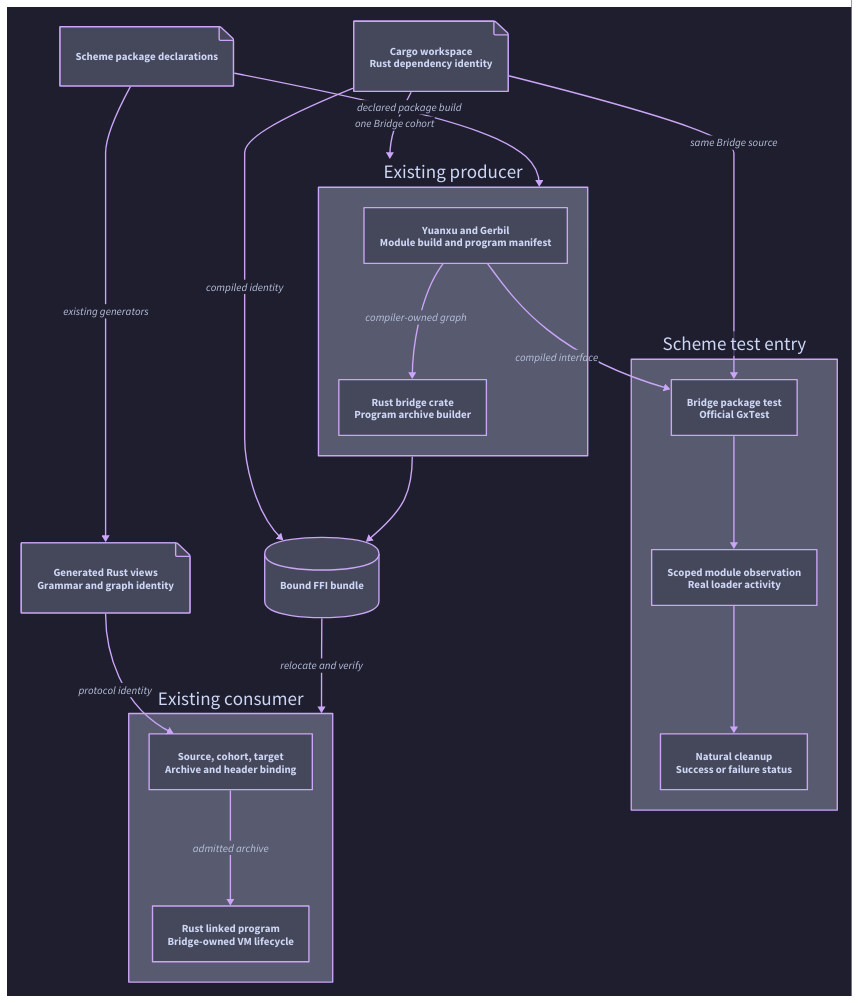
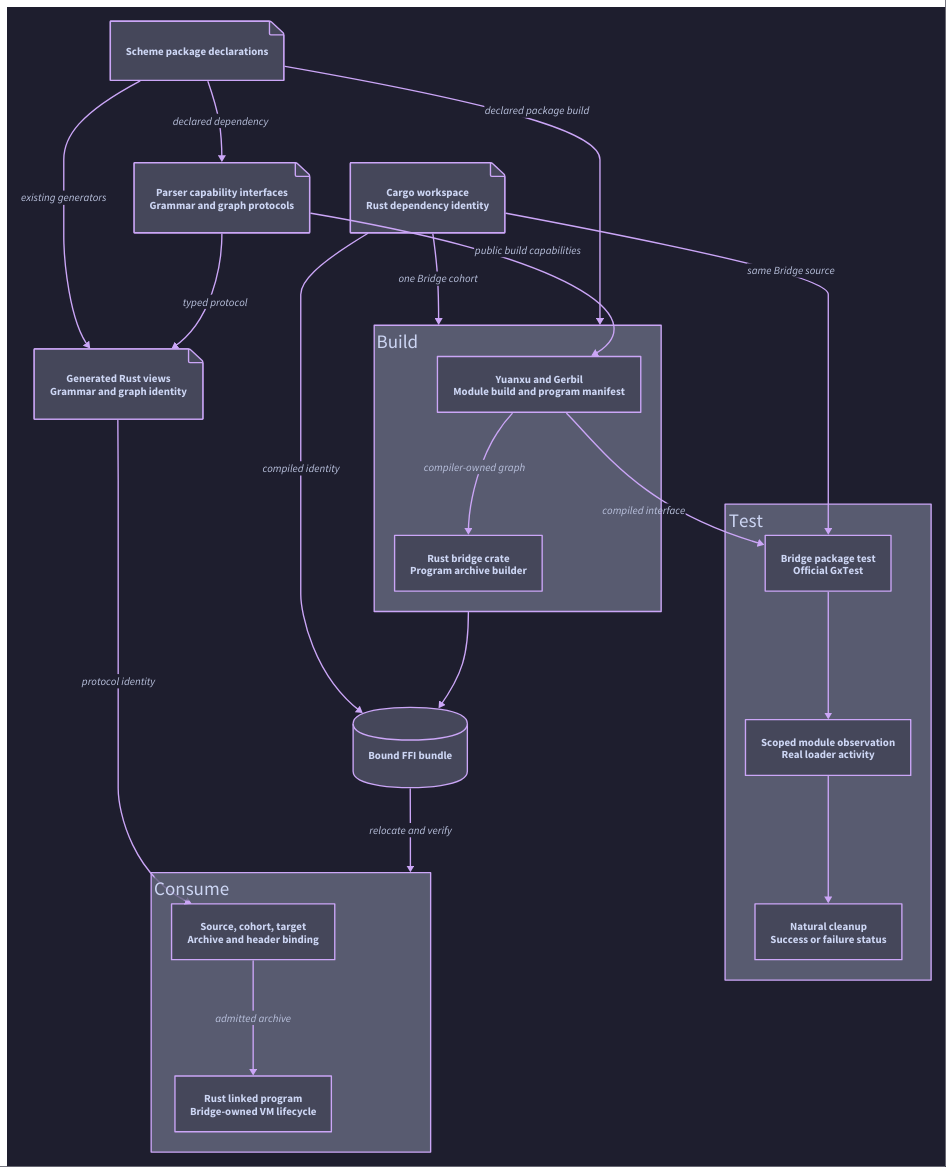
The diagram in docs/20_parser/20.09_cargo_bridge_ownership.d2 (tao3k/orgize), drawn with D2 before and after one commit. The commit also changed 18 other files, not shown here.

Commit message:
Promote accepted Parser main and share compiler-owned CI preparation

```diff
--- a/docs/20_parser/20.09_cargo_bridge_ownership.d2
+++ b/docs/20_parser/20.09_cargo_bridge_ownership.d2
@@ -1,39 +1,46 @@
 direction: down
 vars: {d2-config: {theme-id: 200; pad: 32}}
 
 cargo: "Cargo workspace\nRust dependency identity" {shape: page}
 scheme: "Scheme package declarations" {shape: page}
-producer: "Existing producer" {
+parser: "Parser capability interfaces\nGrammar and graph protocols" {shape: page}
+producer: "Build" {
+  label.near: top-left
   direction: right
   compiler: "Yuanxu and Gerbil\nModule build and program manifest"
   archive: "Rust bridge crate\nProgram archive builder"
   compiler -> archive: "compiler-owned graph"
 }
 products: "Generated Rust views\nGrammar and graph identity" {shape: page}
 bundle: "Bound FFI bundle" {shape: cylinder}
-consumer: "Existing consumer" {
+consumer: "Consume" {
+  label.near: top-left
   direction: right
   admission: "Source, cohort, target\nArchive and header binding"
   runtime: "Rust linked program\nBridge-owned VM lifecycle"
   admission -> runtime: "admitted archive"
 }
 
+scheme -> parser: "declared dependency"
+parser -> producer.compiler: "public build capabilities"
 scheme -> producer: "declared package build"
 cargo -> producer: "one Bridge cohort"
 producer -> bundle
 cargo -> bundle: "compiled identity"
 bundle -> consumer: "relocate and verify"
 
+parser -> products: "typed protocol"
 scheme -> products: "existing generators"
 products -> consumer.admission: "protocol identity"
 
-cli: "Scheme test entry" {
+cli: "Test" {
+  label.near: top-left
   direction: down
   owner: "Bridge package test\nOfficial GxTest"
   work: "Scoped module observation\nReal loader activity"
   cleanup: "Natural cleanup\nSuccess or failure status"
   owner -> work
   work -> cleanup
 }
 producer.compiler -> cli.owner: "compiled interface"
 cargo -> cli.owner: "same Bridge source"
```
